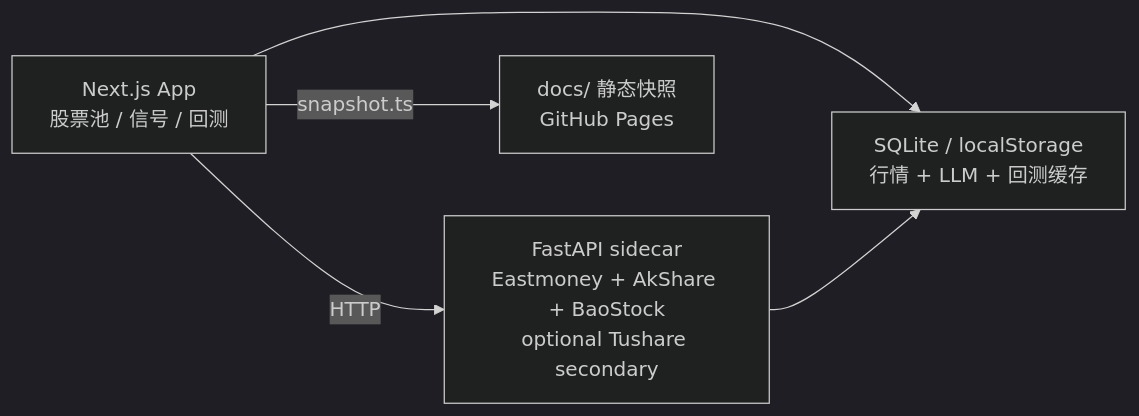
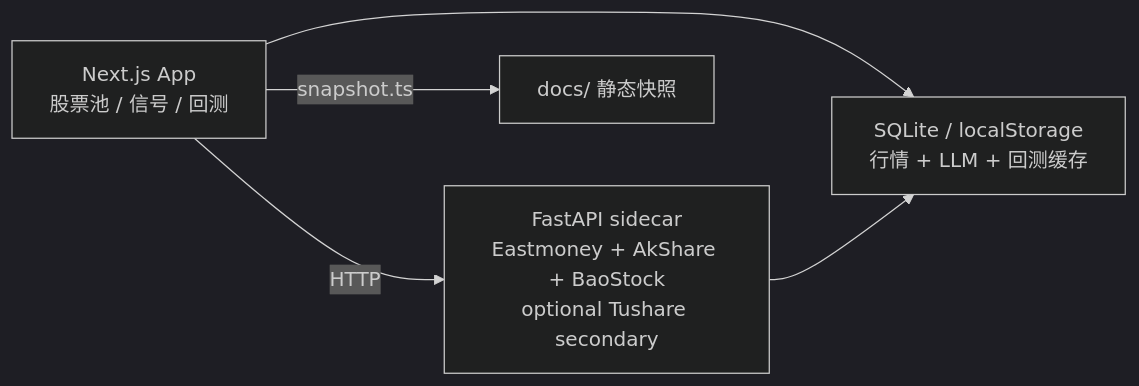
Before and after one commit to topkyo/ai-infra-research-template: the diagram in README.md, drawn with Mermaid (dark theme). The commit also changed other lines of this file and 9 other files, not shown here.

````diff
--- a/README.md
+++ b/README.md
@@ -26,12 +35,12 @@
 ```mermaid
 flowchart LR
   web["Next.js App<br/>股票池 / 信号 / 回测"]
   py["FastAPI sidecar<br/>Eastmoney + AkShare + BaoStock<br/>optional Tushare secondary"]
   cache["SQLite / localStorage<br/>行情 + LLM + 回测缓存"]
-  docs["docs/ 静态快照<br/>GitHub Pages"]
+  docs["docs/ 静态快照"]
 
   web -- HTTP --> py
   web --> cache
   py --> cache
   web -- snapshot.ts --> docs
 ```
````
